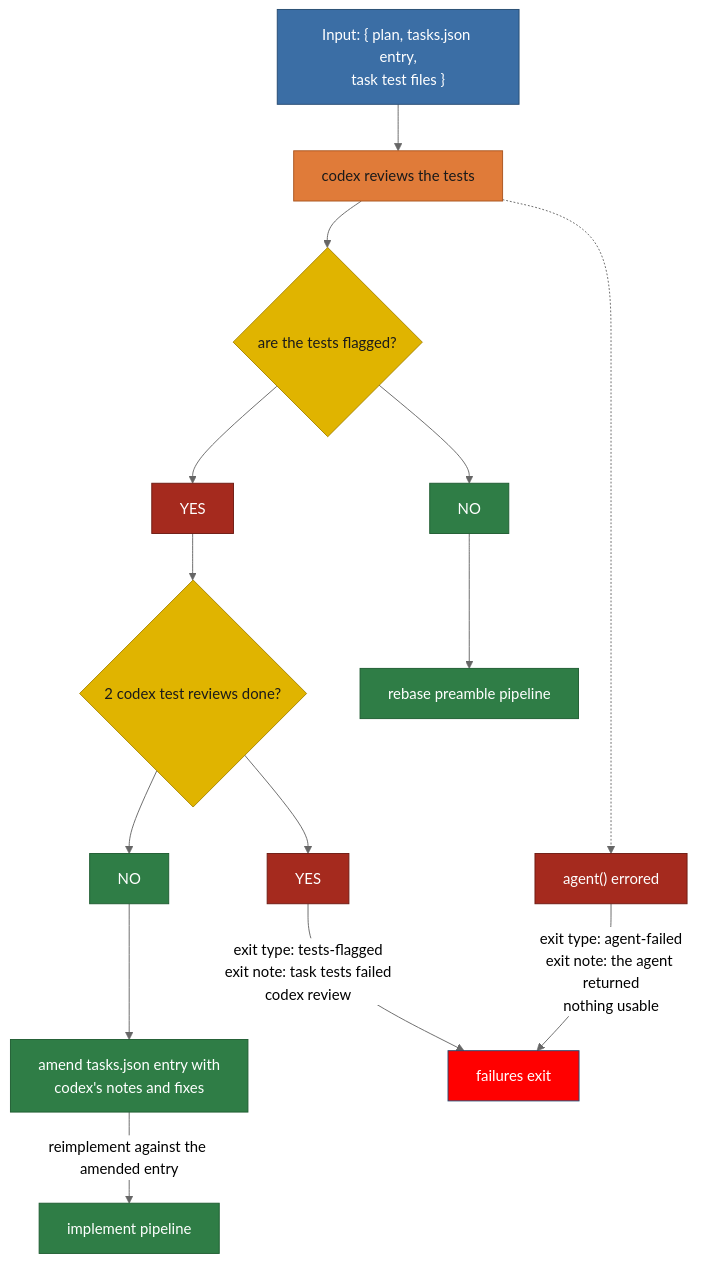
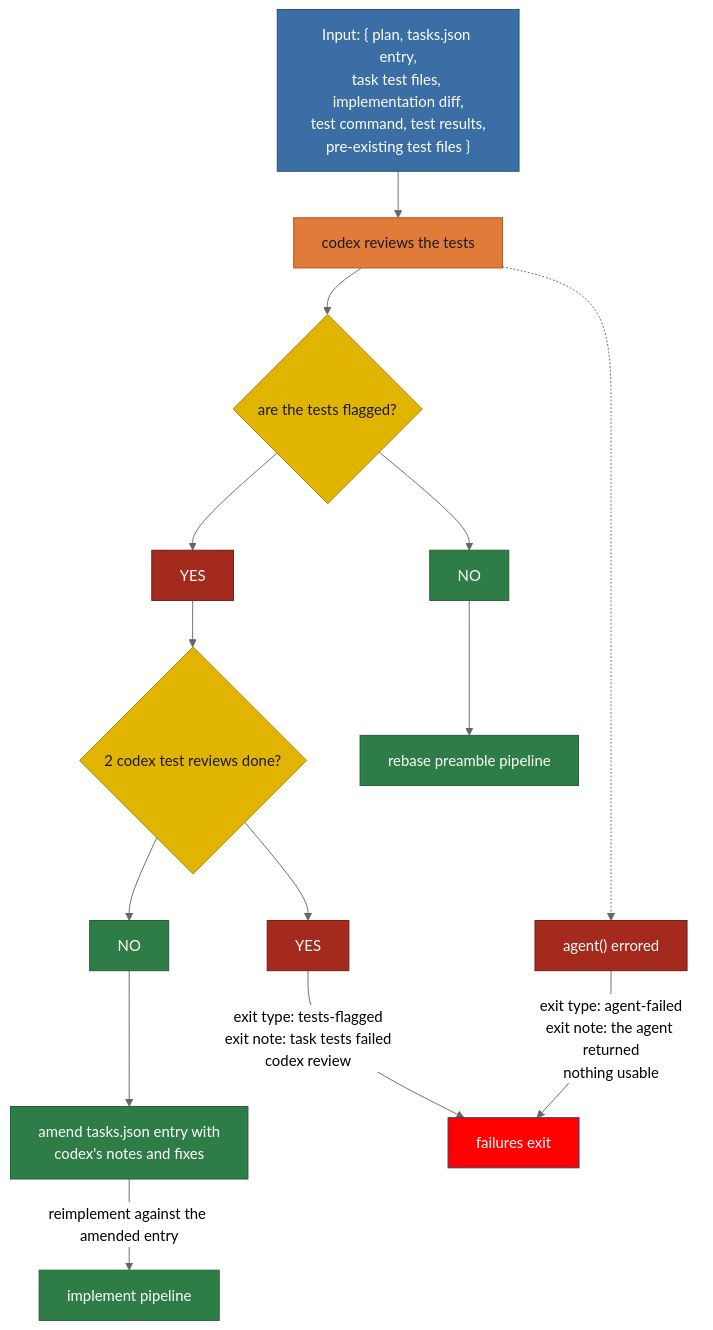
The diagram in plans/diagram/pipeline-reviewTests.mmd (matkatmusic/taskTools), drawn with Mermaid (neutral theme) before and after one commit. The commit also changed 9 other files, not shown here.

Commit message:
updated pipeline diagrams after codex review #1

```diff
--- a/plans/diagram/pipeline-reviewTests.mmd
+++ b/plans/diagram/pipeline-reviewTests.mmd
@@ -1,66 +1,75 @@
 flowchart TB
 %% REVIEW TASK TESTS PIPELINE. Split from pipeline-implementTest.mmd.
 %% Input: a green implementation from the task tests pipeline, together with the
 %% plan, the tasks.json entry and the task's test files.
 %% One job: decide whether the tests are worth trusting.
 %% Starts at "codex reviews the tests". Ends with accepted tests, with the run
 %% back in the implement pipeline, or with an exit.
 %% Rules that apply everywhere, not steps:
 %%   1. Every read and write of tasks.json is atomic.
 %%   2. Codex gets two reviews. On the second flagging the pipeline aborts.
 %%   3. Green tests are not the same as good tests. The test run decides whether
 %%      the work is correct; this pipeline decides whether the tests prove it.
-%%   4. A script that fails operationally, as opposed to returning a verdict,
+%%   4. To decide that, the reviewer needs more than the tests. Reading tests alone
+%%      cannot catch the two failures that matter most:
+%%        - tests that pass against the wrong implementation. Needs the
+%%          implementation diff, so the reviewer can see what the tests assert
+%%          against.
+%%        - tests that were already there, presented as this task's coverage. Needs
+%%          the pre-existing test files, so new tests can be told from old ones.
+%%      So the input also carries the executed test command and its results: a test
+%%      the reviewer believes ran may not have run at all.
+%%   5. A script that fails operationally, as opposed to returning a verdict,
 %%      exits the run as run-failed. The task is already active and a worktree
 %%      already exists here, so the exit workflow always runs in full.
 %% Box definitions where the name alone is not enough:
 %%   amend tasks.json entry       - the retry is not a bare retry. The implementor
 %%                                  reads the task entry, so codex's notes and
 %%                                  fixes are written into it or the next attempt
 %%                                  repeats the same mistake.
 %% Exit types this pipeline can produce:
 %%   agent-failed       - an agent returned nothing usable
 %%   tests-flagged      - codex flagged the tests twice
 %%   run-failed         - a script failed operationally
 %% run-failed is deliberately not drawn as an edge out of every box. It can leave
 %% ANY green box, so drawing it would add one edge per box and hide the flow.
 %% The finished implementation this pipeline emits is the input to the rebase
 %% preamble pipeline.
 
-  GREEN_IMPLEMENTATION_INPUT["Input: { plan, tasks.json entry,<br/>task test files }"] --> CODEX_REVIEWS_TESTS
+  GREEN_IMPLEMENTATION_INPUT["Input: { plan, tasks.json entry,<br/>task test files, implementation diff,<br/>test command, test results,<br/>pre-existing test files }"] --> CODEX_REVIEWS_TESTS
   CODEX_REVIEWS_TESTS["codex reviews the tests"] --> ARE_TESTS_FLAGGED{"are the tests flagged?"}
   ARE_TESTS_FLAGGED --> ARE_TESTS_FLAGGED_NO["NO"]
   ARE_TESTS_FLAGGED --> ARE_TESTS_FLAGGED_YES["YES"]
 
   ARE_TESTS_FLAGGED_YES --> ARE_2_TEST_REVIEWS_DONE{"2 codex test reviews done?"}
   ARE_2_TEST_REVIEWS_DONE --> ARE_2_TEST_REVIEWS_DONE_NO["NO"]
   ARE_2_TEST_REVIEWS_DONE --> ARE_2_TEST_REVIEWS_DONE_YES["YES"]
   ARE_2_TEST_REVIEWS_DONE_NO --> AMEND_ENTRY_WITH_CODEX_NOTES["amend tasks.json entry with<br/>codex's notes and fixes"]
   AMEND_ENTRY_WITH_CODEX_NOTES -- "reimplement against the amended entry" --> IMPLEMENT_PIPELINE["implement pipeline"]
   ARE_2_TEST_REVIEWS_DONE_YES -- "exit type: tests-flagged<br/>exit note: task tests failed<br/>codex review" --> EXIT_WORKFLOW
 
   ARE_TESTS_FLAGGED_NO --> REBASE_PREAMBLE_PIPELINE["rebase preamble pipeline"]
 
   CODEX_REVIEWS_TESTS -.-> AGENT_ERRORED["agent() errored"] -- "exit type: agent-failed<br/>exit note: the agent returned<br/>nothing usable" --> EXIT_WORKFLOW
 
   EXIT_WORKFLOW["failures exit"]
 
   %% pass/nopass: green is the branch that keeps heading for the next pipeline,
   %% red is the branch that reimplements or ends in the exit workflow.
   classDef pipeline fill:#2f7d46,stroke:#1e5c31,color:#ffffff
   classDef script fill:#2f7d46,stroke:#1e5c31,color:#ffffff
   classDef agent fill:#e07b39,stroke:#a8541f,color:#1a1a1a
   classDef decision fill:#e0b400,stroke:#a88600,color:#1a1a1a
   classDef output fill:#3b6ea5,stroke:#254a70,color:#ffffff
   classDef fail fill:red,stroke:#254a70,color:#ffffff
   classDef pass fill:#2f7d46,stroke:#1e5c31,color:#ffffff
   classDef nopass fill:#a52a1e,stroke:#6d1a12,color:#ffffff
   class ARE_TESTS_FLAGGED,ARE_2_TEST_REVIEWS_DONE decision
   class AMEND_ENTRY_WITH_CODEX_NOTES script
   class CODEX_REVIEWS_TESTS agent
   class IMPLEMENT_PIPELINE,REBASE_PREAMBLE_PIPELINE pipeline
   class ARE_TESTS_FLAGGED_NO,ARE_2_TEST_REVIEWS_DONE_NO pass
   class ARE_TESTS_FLAGGED_YES,ARE_2_TEST_REVIEWS_DONE_YES nopass
   class AGENT_ERRORED nopass
   class EXIT_WORKFLOW fail
   class GREEN_IMPLEMENTATION_INPUT output
```
